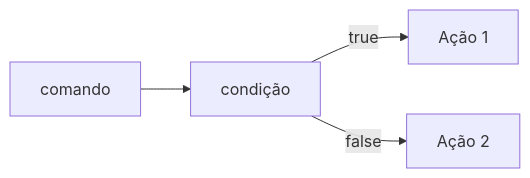
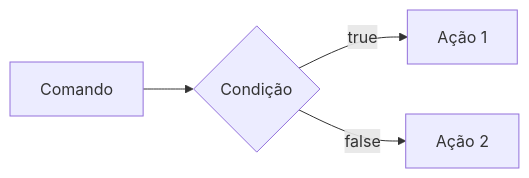
One commit to FelipeScalfi/BackEnd changed the third of 8 diagrams in README.md. Above: the diagram before and after it, drawn with Mermaid. The commit also changed other lines of this file and 8 other files, not shown here.

````diff
--- a/README.md
+++ b/README.md
@@ -236,7 +240,9 @@
-    ```mermaid
-    graph LR
-    A[comando]-->B[condição]
-     B --> |true| C[Ação 1]
+```mermaid
+
+graph LR
+
+    A[Comando] --> B{Condição}
+    B --> |true| C[Ação 1]
     B --> |false| D[Ação 2]
 
 ```
````
